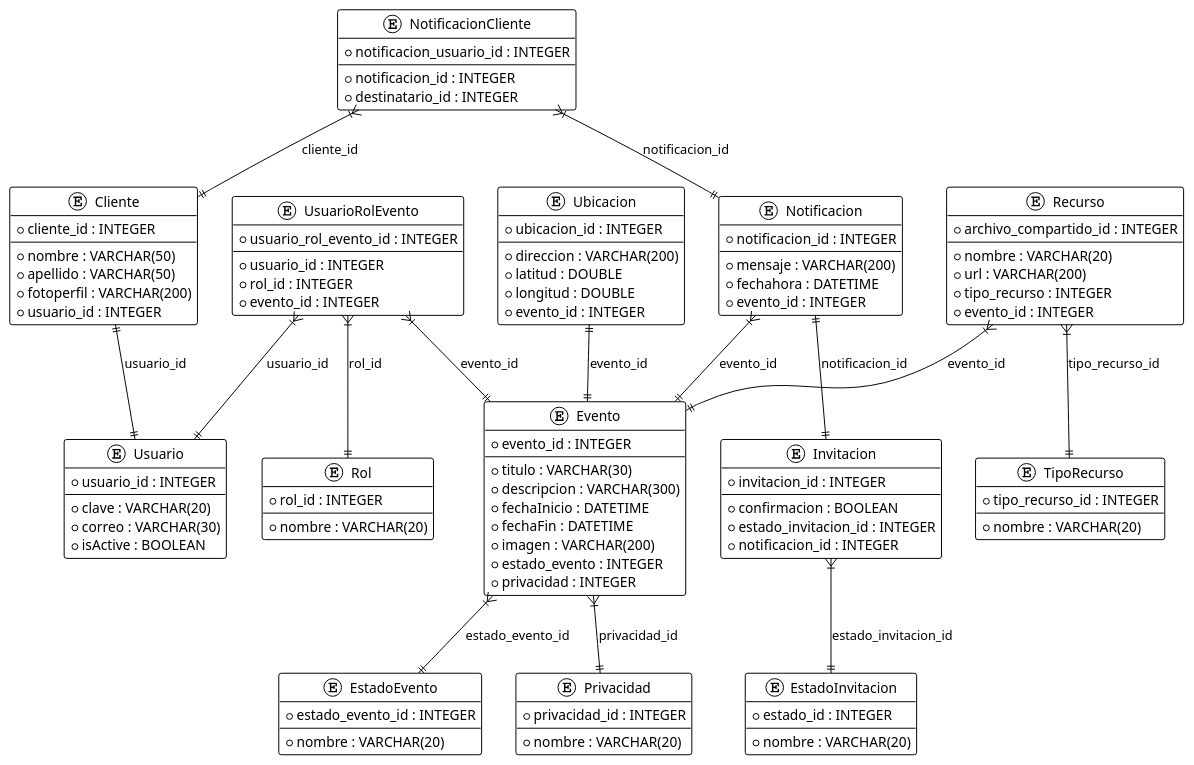
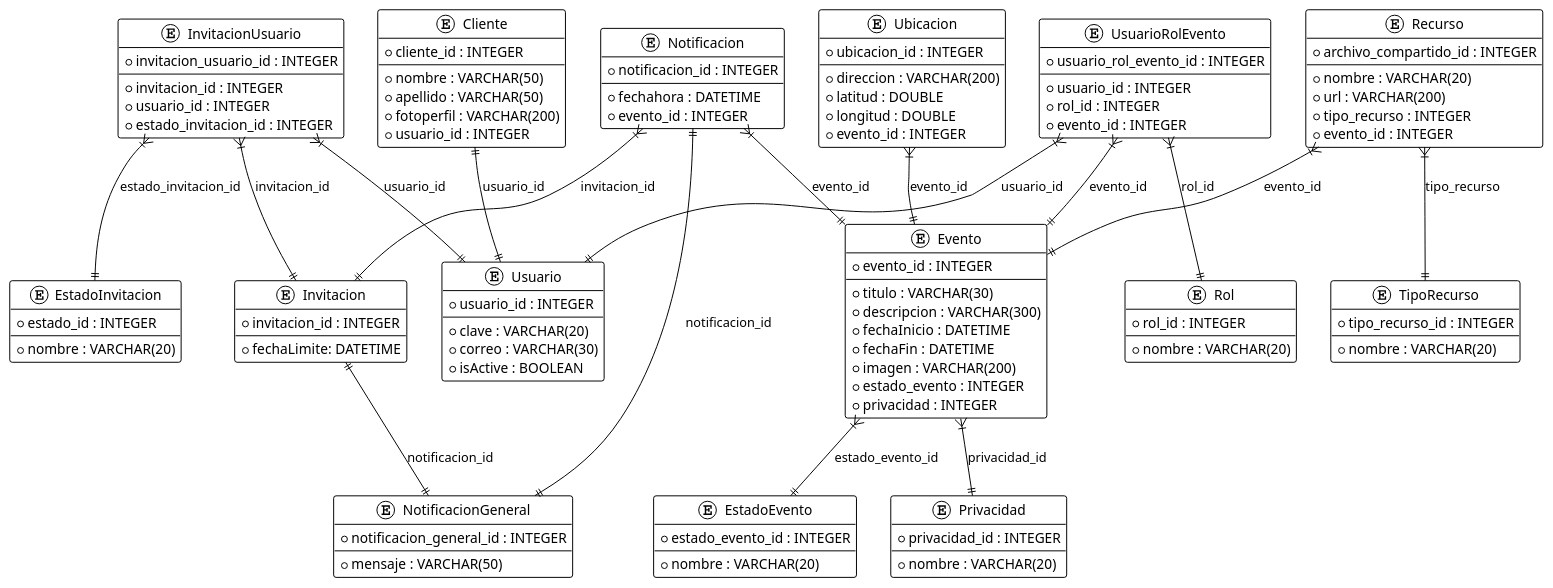
One commit to raulvelris/Proyecto-Progra-Movil changed the diagram in docs/DatabaseDiagram.puml. Above: the diagram before and after it, drawn with PlantUML. The commit also changed 6 other files, not shown here.

```diff
--- a/docs/DatabaseDiagram.puml
+++ b/docs/DatabaseDiagram.puml
@@ -1,130 +1,136 @@
 @startuml
 !theme plain
 
 entity "Cliente" {
   * cliente_id : INTEGER
   --
   * nombre : VARCHAR(50)
   * apellido : VARCHAR(50)
   * fotoperfil : VARCHAR(200)
   * usuario_id : INTEGER
 }
 
 entity "Usuario" {
   * usuario_id : INTEGER
   --
   * clave : VARCHAR(20)
   * correo : VARCHAR(30)
   * isActive : BOOLEAN
 }
 
 entity "Evento" {
   * evento_id : INTEGER
   --
   * titulo : VARCHAR(30)
   * descripcion : VARCHAR(300)
   * fechaInicio : DATETIME
   * fechaFin : DATETIME
   * imagen : VARCHAR(200)
   * estado_evento : INTEGER
   * privacidad : INTEGER
 }
 
 entity "Invitacion" {
   * invitacion_id : INTEGER
   --
-  * confirmacion : BOOLEAN
+  * fechaLimite: DATETIME
+}
+
+entity "InvitacionUsuario" {
+  * invitacion_usuario_id : INTEGER
+  --
+  * invitacion_id : INTEGER
+  * usuario_id : INTEGER
   * estado_invitacion_id : INTEGER
-  * notificacion_id : INTEGER
 }
 
 entity "Notificacion" {
   * notificacion_id : INTEGER
   --
-  * mensaje : VARCHAR(200)
   * fechahora : DATETIME
   * evento_id : INTEGER
 }
 
-entity "NotificacionCliente" {
-  * notificacion_usuario_id : INTEGER
+entity "NotificacionGeneral" {
+  * notificacion_general_id : INTEGER
   --
-  * notificacion_id : INTEGER
-  * destinatario_id : INTEGER
+  * mensaje : VARCHAR(50)
 }
 
 entity "Ubicacion" {
   * ubicacion_id : INTEGER
   --
   * direccion : VARCHAR(200)
   * latitud : DOUBLE
   * longitud : DOUBLE
   * evento_id : INTEGER
 }
 
 entity "EstadoInvitacion" {
   * estado_id : INTEGER
   --
   * nombre : VARCHAR(20)
 }
 
 entity "EstadoEvento" {
   * estado_evento_id : INTEGER
   --
   * nombre : VARCHAR(20)
 }
 
 entity "Privacidad" {
   * privacidad_id : INTEGER
   --
   * nombre : VARCHAR(20)
 }
 
 entity "UsuarioRolEvento" {
   * usuario_rol_evento_id : INTEGER
   --
   * usuario_id : INTEGER
   * rol_id : INTEGER
   * evento_id : INTEGER
 }
 
 entity "Rol" {
   * rol_id : INTEGER
   --
   * nombre : VARCHAR(20)
 }
 
 entity "Recurso" {
   * archivo_compartido_id : INTEGER
   --
   * nombre : VARCHAR(20)
   * url : VARCHAR(200)
   * tipo_recurso : INTEGER
   * evento_id : INTEGER
 }
 
 entity "TipoRecurso" {
   * tipo_recurso_id : INTEGER
   --
   * nombre : VARCHAR(20)
 }
 
 ' Relaciones 1:1
 Cliente ||--|| Usuario : usuario_id
-Notificacion ||--|| Invitacion : notificacion_id 
+Notificacion ||--|| NotificacionGeneral : notificacion_id
+Invitacion ||--|| NotificacionGeneral : notificacion_id
 
 ' Relaciones 1:m
-Invitacion }|--|| EstadoInvitacion : estado_invitacion_id
-NotificacionCliente }|--|| Cliente : cliente_id
-NotificacionCliente }|--|| Notificacion : notificacion_id
+InvitacionUsuario }|--|| EstadoInvitacion : estado_invitacion_id
+InvitacionUsuario }|--|| Invitacion : invitacion_id
+InvitacionUsuario }|--|| Usuario : usuario_id
+Notificacion }|--|| Invitacion : invitacion_id
 Notificacion }|--|| Evento : evento_id
-Recurso }|--|| TipoRecurso : tipo_recurso_id
+Recurso }|--|| TipoRecurso : tipo_recurso
 Recurso }|--|| Evento : evento_id
-Ubicacion ||--|| Evento : evento_id
+Ubicacion }|--|| Evento : evento_id
 Evento }|--|| EstadoEvento : estado_evento_id
 Evento }|--|| Privacidad : privacidad_id
 UsuarioRolEvento }|--|| Usuario : usuario_id
 UsuarioRolEvento }|--|| Rol : rol_id
 UsuarioRolEvento }|--|| Evento : evento_id
 
 @enduml
```
